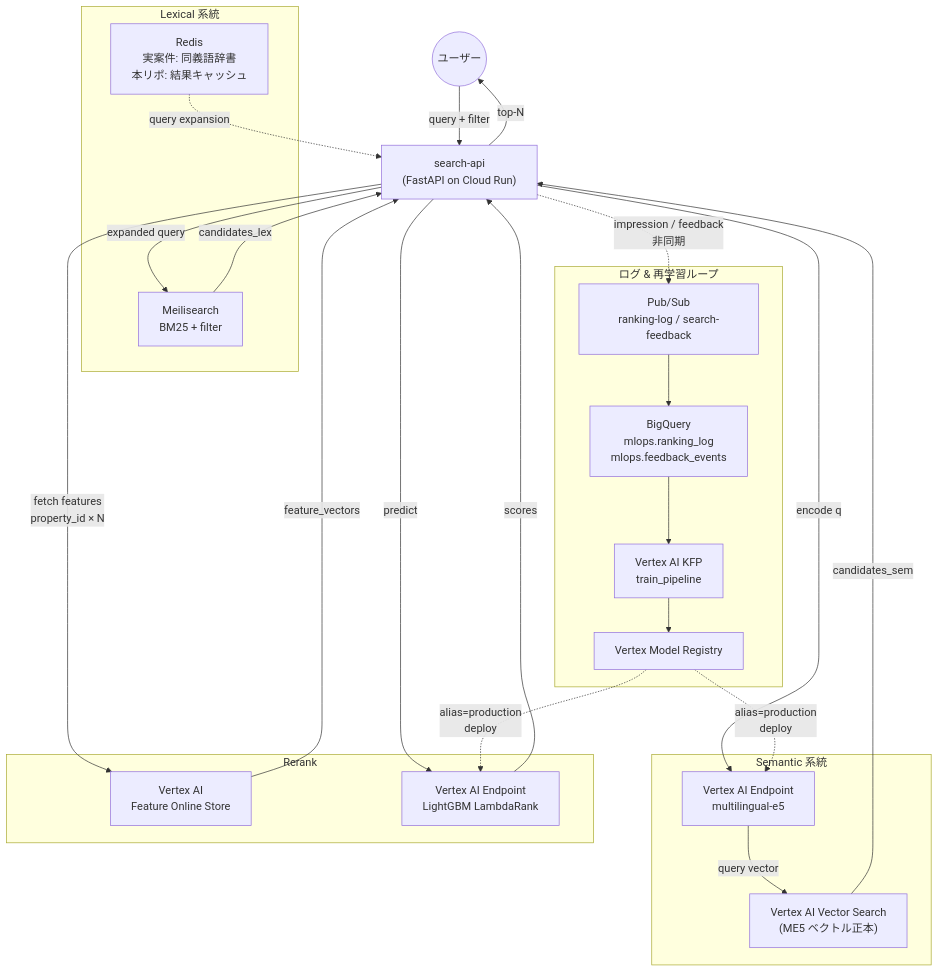
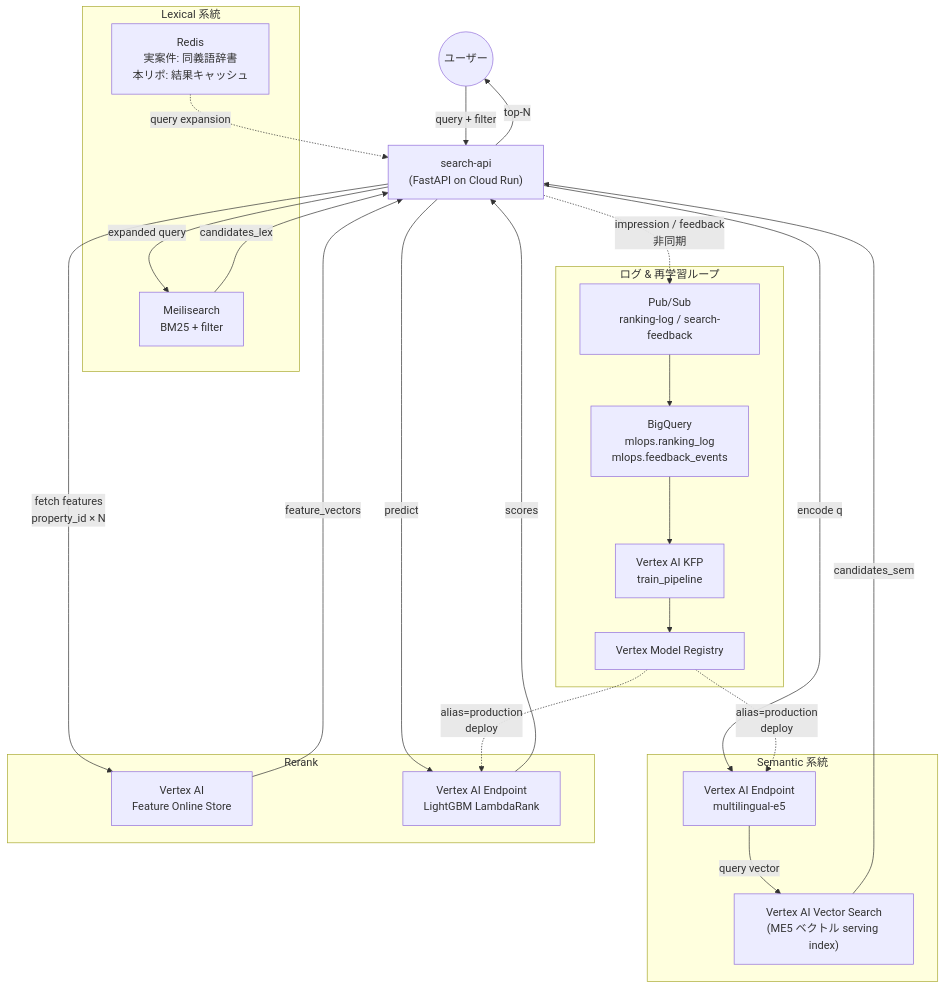
One commit to kurosawa-kuro/study-gcp-mlops changed the first of 5 diagrams in docs/01_仕様と設計.md. Above: the diagram before and after it, drawn with Mermaid. The commit also changed other lines of this file and 13 other files, not shown here.

````diff
--- a/docs/01_仕様と設計.md
+++ b/docs/01_仕様と設計.md
@@ -61,46 +61,46 @@
 ```mermaid
 flowchart TB
     User((ユーザー))
     API["search-api<br/>(FastAPI on Cloud Run)"]
 
     subgraph LEX["Lexical 系統"]
         Mei["Meilisearch<br/>BM25 + filter"]
         Syn["Redis<br/>実案件: 同義語辞書<br/>本リポ: 結果キャッシュ"]
     end
 
     subgraph SEM["Semantic 系統"]
         Enc["Vertex AI Endpoint<br/>multilingual-e5"]
-        VVS["Vertex AI Vector Search<br/>(ME5 ベクトル正本)"]
+        VVS["Vertex AI Vector Search<br/>(ME5 ベクトル serving index)"]
     end
 
     subgraph RNK["Rerank"]
         FOS["Vertex AI<br/>Feature Online Store"]
         RR["Vertex AI Endpoint<br/>LightGBM LambdaRank"]
     end
 
     subgraph LOG["ログ & 再学習ループ"]
         PS["Pub/Sub<br/>ranking-log / search-feedback"]
         BQL["BigQuery<br/>mlops.ranking_log<br/>mlops.feedback_events"]
         Train["Vertex AI KFP<br/>train_pipeline"]
         MR["Vertex Model Registry"]
     end
 
     User -->|query + filter| API
     Syn -.->|query expansion| API
     API -->|expanded query| Mei
     API -->|encode q| Enc
     Enc -->|query vector| VVS
     Mei -->|candidates_lex| API
     VVS -->|candidates_sem| API
     API -->|fetch features<br/>property_id × N| FOS
     FOS -->|feature_vectors| API
     API -->|predict| RR
     RR -->|scores| API
     API -->|top-N| User
     API -.->|impression / feedback<br/>非同期| PS
     PS --> BQL
     BQL --> Train
     Train --> MR
     MR -.->|alias=production<br/>deploy| RR
     MR -.->|alias=production<br/>deploy| Enc
 ```
````
